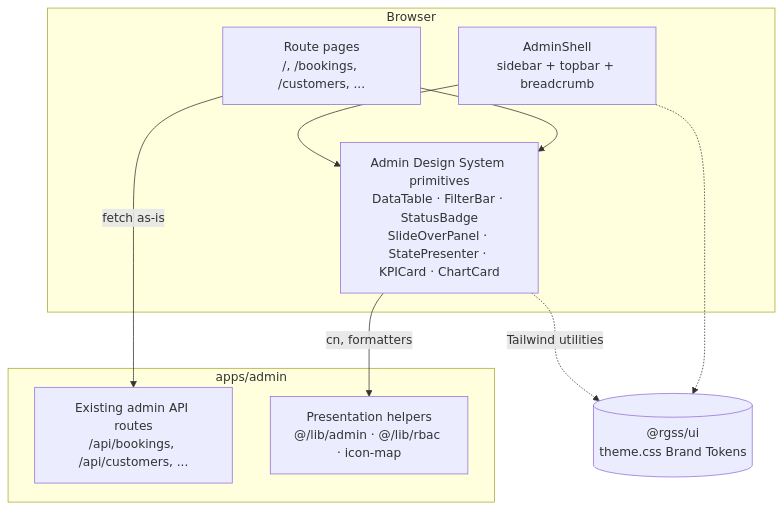
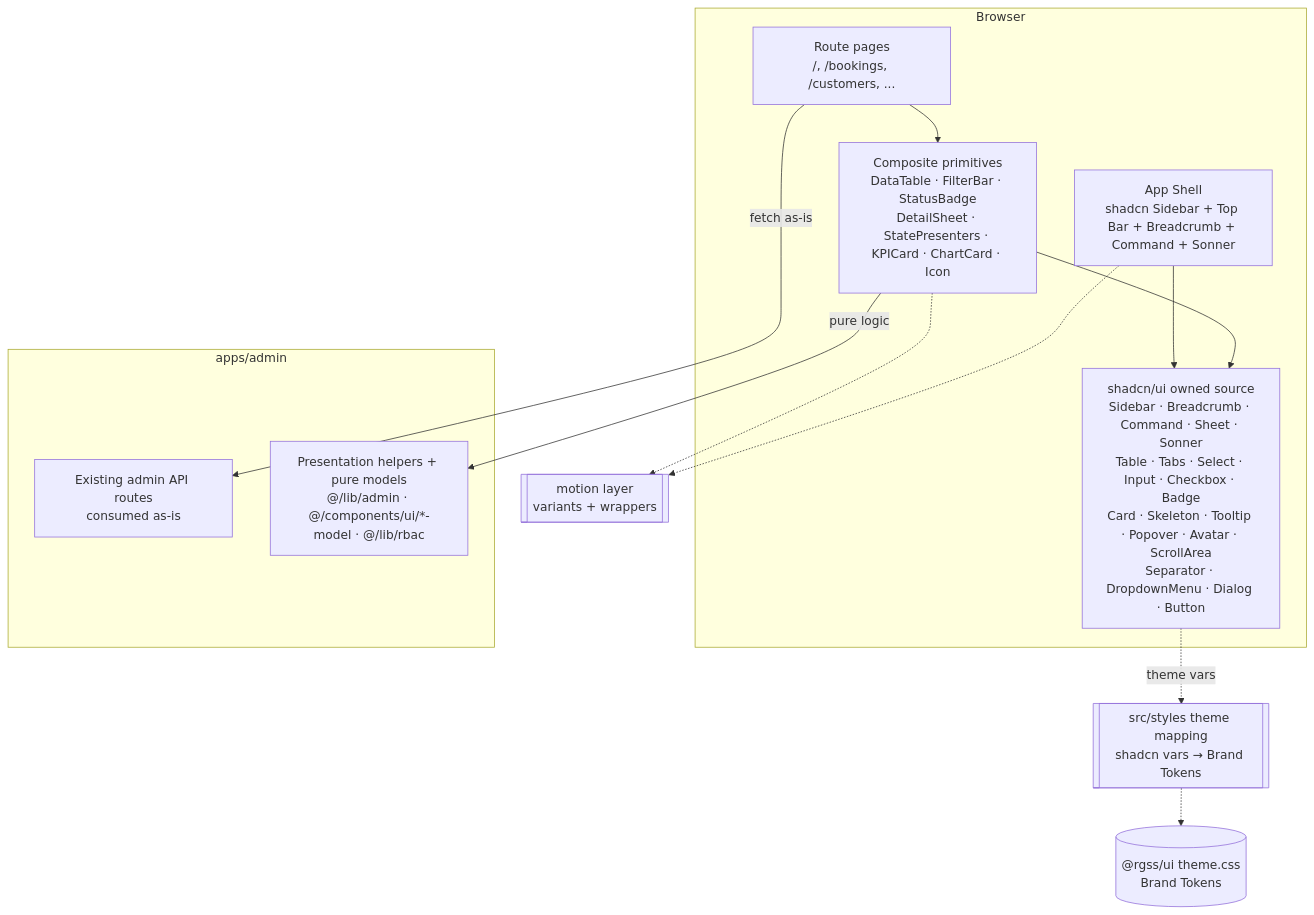
Before and after one commit to royalglowsalonspa/theroyalglow-webapp: the first of 5 diagrams in .kiro/specs/admin-portal-redesign/design.md, drawn with Mermaid. The commit also changed other lines of this file and 80 other files, not shown here.

First line of the commit message:
feat(admin): redesign admin portal on a shadcn UI system

````diff
--- a/.kiro/specs/admin-portal-redesign/design.md
+++ b/.kiro/specs/admin-portal-redesign/design.md
@@ -123,19 +209,25 @@
 ```mermaid
 graph TB
   subgraph Browser
-    Shell[AdminShell<br/>sidebar + topbar + breadcrumb]
+    Shell[App Shell<br/>shadcn Sidebar + Top Bar + Breadcrumb + Command + Sonner]
     Pages[Route pages<br/>/, /bookings, /customers, ...]
-    Prims[Admin Design System primitives<br/>DataTable · FilterBar · StatusBadge<br/>SlideOverPanel · StatePresenter · KPICard · ChartCard]
+    Prims[Composite primitives<br/>DataTable · FilterBar · StatusBadge<br/>DetailSheet · StatePresenters · KPICard · ChartCard · Icon]
+    Sh[shadcn/ui owned source<br/>Sidebar · Breadcrumb · Command · Sheet · Sonner<br/>Table · Tabs · Select · Input · Checkbox · Badge<br/>Card · Skeleton · Tooltip · Popover · Avatar · ScrollArea<br/>Separator · DropdownMenu · Dialog · Button]
   end
   subgraph apps/admin
-    API[Existing admin API routes<br/>/api/bookings, /api/customers, ...]
-    Libs[Presentation helpers<br/>@/lib/admin · @/lib/rbac · icon-map]
+    API[Existing admin API routes<br/>consumed as-is]
+    Libs[Presentation helpers + pure models<br/>@/lib/admin · @/components/ui/*-model · @/lib/rbac]
   end
-  Tokens[("@rgss/ui<br/>theme.css Brand Tokens")]
-  Shell --> Prims
+  Tokens[("@rgss/ui theme.css<br/>Brand Tokens")]
+  Map[["src/styles theme mapping<br/>shadcn vars → Brand Tokens"]]
+  Motion[["motion layer<br/>variants + wrappers"]]
+  Shell --> Sh
+  Prims --> Sh
   Pages --> Prims
   Pages -->|fetch as-is| API
-  Prims -->|cn, formatters| Libs
-  Prims -.->|Tailwind utilities| Tokens
-  Shell -.-> Tokens
+  Prims -->|pure logic| Libs
+  Sh -.->|theme vars| Map
+  Map -.-> Tokens
+  Prims -.-> Motion
+  Shell -.-> Motion
 ```
````
